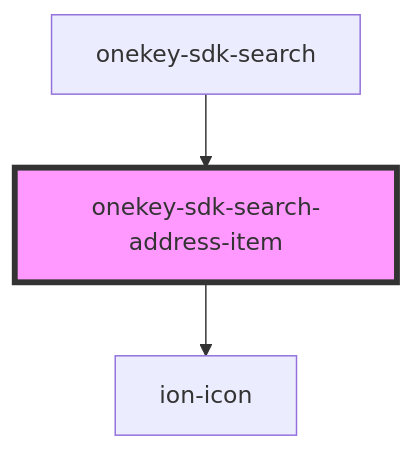
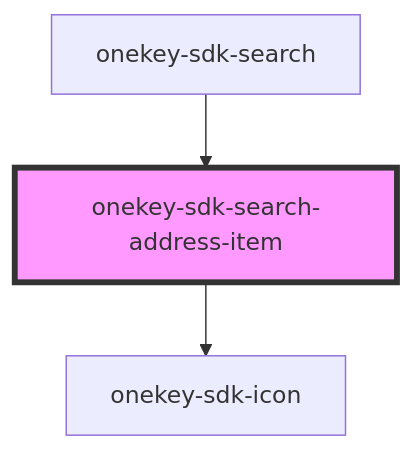
The diagram in packages/onekey-sdk-core-ui/docs/components/ui-kits/onekey-sdk-search-address-item/readme.md (hcl-sdk/HealthCareLocatorWebSDK), drawn with Mermaid before and after one commit. The commit also changed other lines of this file and 42 other files, not shown here.

````diff
--- a/packages/onekey-sdk-core-ui/docs/components/ui-kits/onekey-sdk-search-address-item/readme.md
+++ b/packages/onekey-sdk-core-ui/docs/components/ui-kits/onekey-sdk-search-address-item/readme.md
@@ -34,6 +34,6 @@
 ```mermaid
 graph TD;
-  onekey-sdk-search-address-item --> ion-icon
+  onekey-sdk-search-address-item --> onekey-sdk-icon
   onekey-sdk-search --> onekey-sdk-search-address-item
   style onekey-sdk-search-address-item fill:#f9f,stroke:#333,stroke-width:4px
 ```
````
